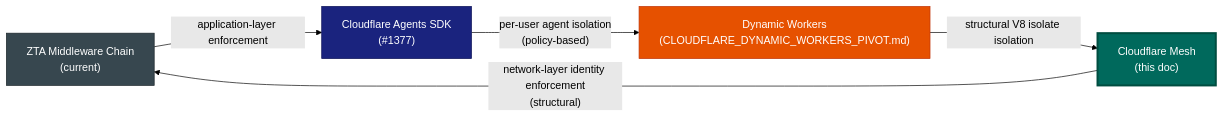
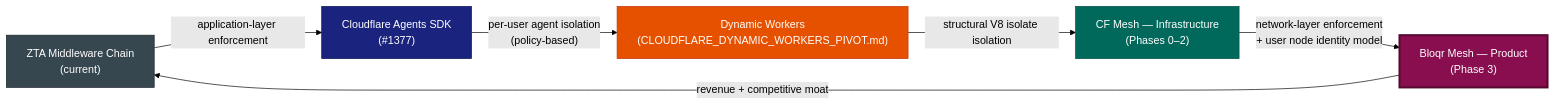
One commit to jaypatrick/adblock-compiler changed the sixth of 6 diagrams in ideas/CLOUDFLARE_MESH.md. Above: the diagram before and after it, drawn with Mermaid (forest theme). The commit also changed other lines of this file, not shown here.

Commit message:
Updated the file ideas/CLOUDFLARE_MESH.md with the new content.

````diff
--- a/ideas/CLOUDFLARE_MESH.md
+++ b/ideas/CLOUDFLARE_MESH.md
@@ -259,19 +441,22 @@
 ```mermaid
 flowchart LR
     classDef mesh fill:#00695c,stroke:#004d40,color:#fff
     classDef dw fill:#e65100,stroke:#bf360c,color:#fff
     classDef agents fill:#1a237e,stroke:#0d1257,color:#fff
     classDef current fill:#37474f,stroke:#1a2327,color:#fff
+    classDef product fill:#880e4f,stroke:#560930,color:#fff
 
     ZTA["ZTA Middleware Chain\n(current)"]:::current
     AGENTS_SDK["Cloudflare Agents SDK\n(#1377)"]:::agents
     DW["Dynamic Workers\n(CLOUDFLARE_DYNAMIC_WORKERS_PIVOT.md)"]:::dw
-    MESH["Cloudflare Mesh\n(this doc)"]:::mesh
+    MESH_INFRA["CF Mesh — Infrastructure\n(Phases 0–2)"]:::mesh
+    MESH_PRODUCT["Bloqr Mesh — Product\n(Phase 3)"]:::product
 
     ZTA -->|"application-layer enforcement"| AGENTS_SDK
     AGENTS_SDK -->|"per-user agent isolation\n(policy-based)"| DW
-    DW -->|"structural V8 isolate isolation"| MESH
-    MESH -->|"network-layer identity enforcement\n(structural)"| ZTA
+    DW -->|"structural V8 isolate isolation"| MESH_INFRA
+    MESH_INFRA -->|"network-layer enforcement\n+ user node identity model"| MESH_PRODUCT
+    MESH_PRODUCT -->|"revenue + competitive moat"| ZTA
 
-    style MESH stroke-width:3px
+    style MESH_PRODUCT stroke-width:3px
 ```
````
